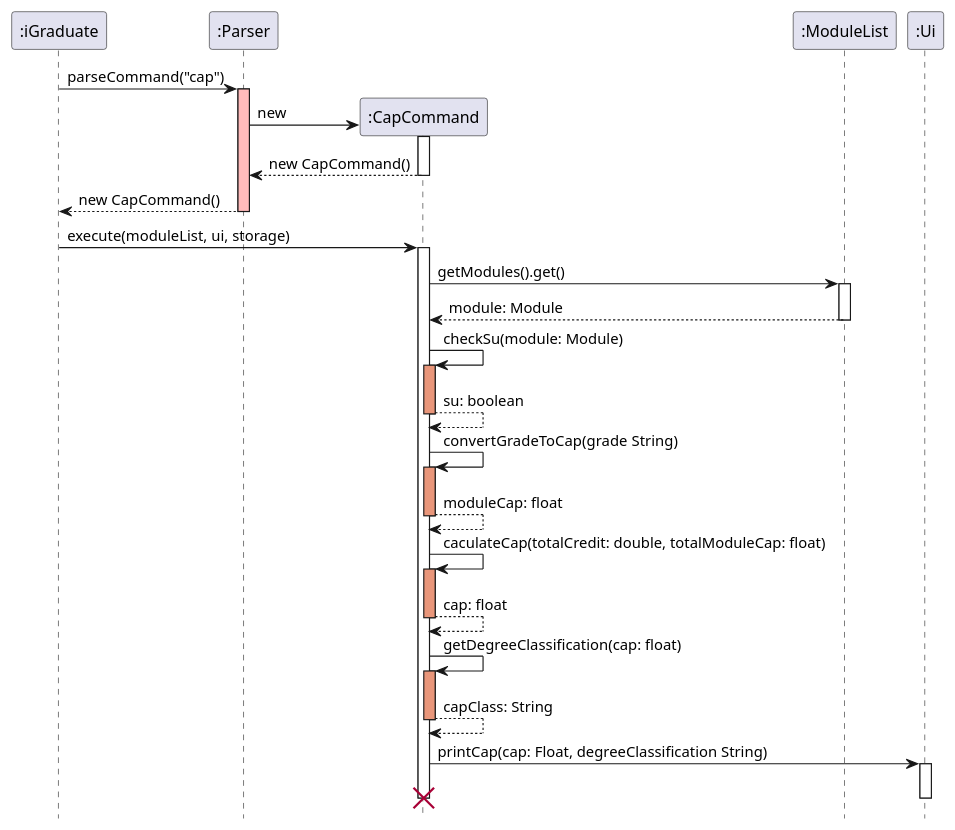
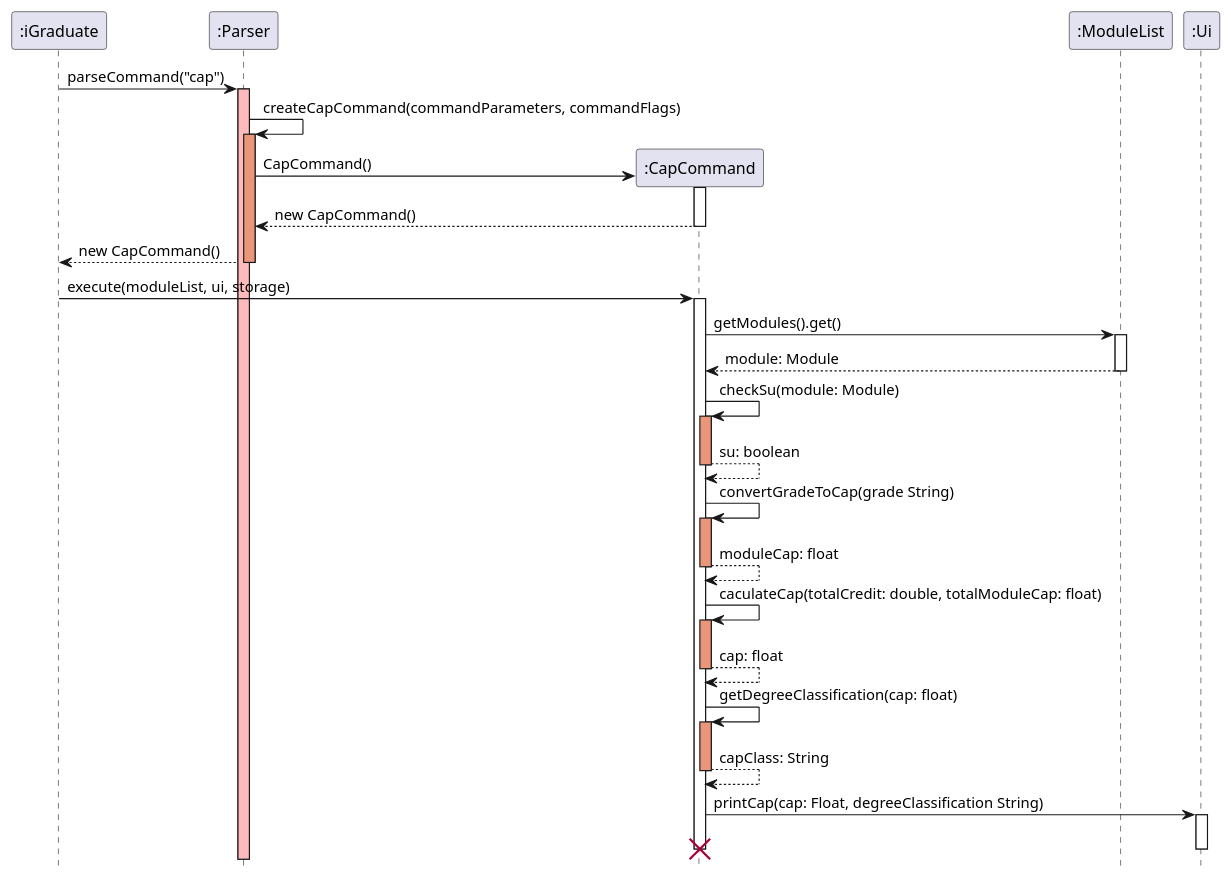
One commit to oscarlai1998/tp changed the diagram in docs/diagrams/CapCommandSequenceDiagram.puml. Above: the diagram before and after it, drawn with PlantUML. The commit also changed 4 other files, not shown here.

Commit message:
Changed sequence diagram for CapCommand and Progresscommand

```diff
--- a/docs/diagrams/CapCommandSequenceDiagram.puml
+++ b/docs/diagrams/CapCommandSequenceDiagram.puml
@@ -1,51 +1,54 @@
 @startuml
 hide footbox
 
 participant ":iGraduate" as iGraduate
 participant ":Parser" as Parser
 participant ":CapCommand" as CapCommand
 participant ":ModuleList" as ModuleList
 participant ":Ui" as Ui
 
 iGraduate -> Parser: parseCommand("cap")
 activate Parser #FFBBBB
 
+Parser -> Parser: createCapCommand(commandParameters, commandFlags)
+activate Parser #DarkSalmon
+
 create CapCommand
-Parser -> CapCommand: new
+Parser -> CapCommand: CapCommand()
 activate CapCommand
 CapCommand --> Parser: new CapCommand()
 deactivate CapCommand
 
 Parser --> iGraduate: new CapCommand()
 deactivate Parser
 
 iGraduate -> CapCommand: execute(moduleList, ui, storage)
 activate CapCommand
 
 CapCommand -> ModuleList: getModules().get()
 activate ModuleList
 ModuleList --> CapCommand: module: Module
 deactivate ModuleList
 
 CapCommand -> CapCommand:checkSu(module: Module)
 activate CapCommand #DarkSalmon
 return su: boolean
 
 CapCommand -> CapCommand:convertGradeToCap(grade String)
 activate CapCommand #DarkSalmon
 return moduleCap: float
 
 CapCommand -> CapCommand:caculateCap(totalCredit: double, totalModuleCap: float)
 activate CapCommand #DarkSalmon
 return cap: float
 
 CapCommand -> CapCommand:getDegreeClassification(cap: float)
 activate CapCommand #DarkSalmon
 return capClass: String
 
 CapCommand -> Ui: printCap(cap: Float, degreeClassification String)
 activate Ui
 deactivate Ui
 destroy CapCommand
 
 @enduml
```
